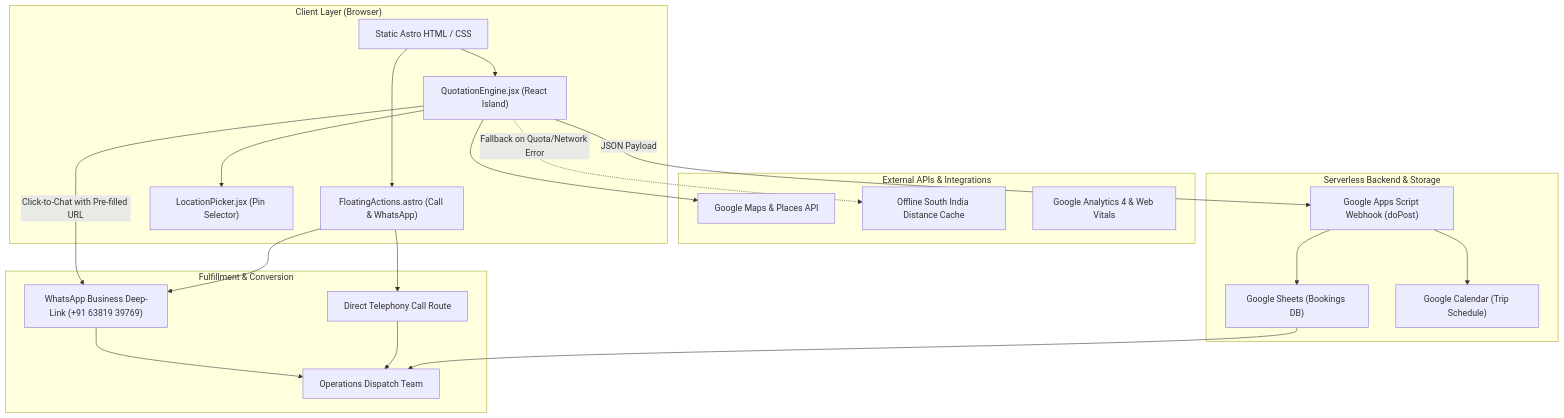
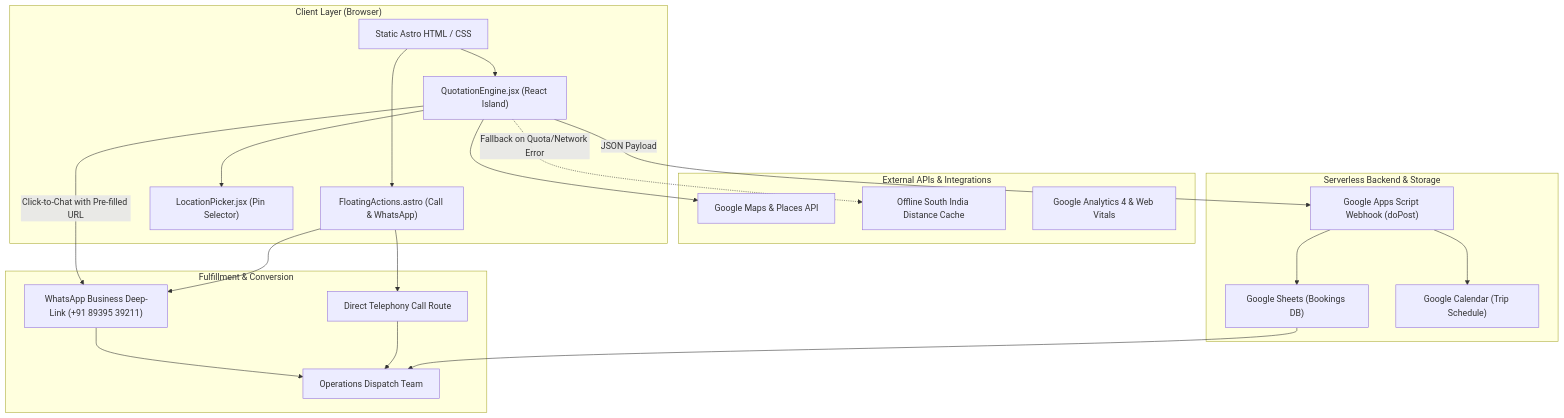
Before and after one commit to kalidasstravels2015-sys/kalidass-attempt-main: the diagram in docs/02_ARCHITECTURE.md, drawn with Mermaid. The commit also changed 47 other files, not shown here.

Commit message:
feat: update primary phone and WhatsApp contact to +91 89395 39211 across site

````diff
--- a/docs/02_ARCHITECTURE.md
+++ b/docs/02_ARCHITECTURE.md
@@ -17,42 +17,42 @@
 ```mermaid
 graph TD
     subgraph Client ["Client Layer (Browser)"]
         HTML["Static Astro HTML / CSS"]
         QE["QuotationEngine.jsx (React Island)"]
         FA["FloatingActions.astro (Call & WhatsApp)"]
         LP["LocationPicker.jsx (Pin Selector)"]
     end
 
     subgraph ThirdPartyAPIs ["External APIs & Integrations"]
         GMAPS["Google Maps & Places API"]
         OFFLINE["Offline South India Distance Cache"]
         GA4["Google Analytics 4 & Web Vitals"]
     end
 
     subgraph ServerlessBackend ["Serverless Backend & Storage"]
         GAS["Google Apps Script Webhook (doPost)"]
         GSHEET["Google Sheets (Bookings DB)"]
         GCAL["Google Calendar (Trip Schedule)"]
     end
 
     subgraph ConversionOps ["Fulfillment & Conversion"]
-        WA["WhatsApp Business Deep-Link (+91 63819 39769)"]
+        WA["WhatsApp Business Deep-Link (+91 89395 39211)"]
         TEL["Direct Telephony Call Route"]
         DISPATCH["Operations Dispatch Team"]
     end
 
     HTML --> QE
     HTML --> FA
     QE --> LP
     QE --> GMAPS
     QE -.->|Fallback on Quota/Network Error| OFFLINE
     QE -->|JSON Payload| GAS
     QE -->|Click-to-Chat with Pre-filled URL| WA
     FA --> WA
     FA --> TEL
     GAS --> GSHEET
     GAS --> GCAL
     WA --> DISPATCH
     TEL --> DISPATCH
     GSHEET --> DISPATCH
 ```
````
